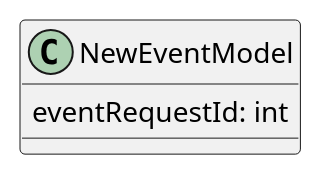
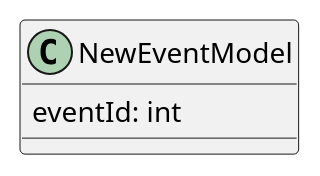
One commit to ai-shift/cyber-valley-tickets changed diagram 22 of 25 in README.org. Above: the diagram before and after it, drawn with PlantUML. The commit also changed 10 other files, not shown here.

```diff
--- a/README.org
+++ b/README.org
@@ -716,5 +716,5 @@
 #+begin_src plantuml :file ./img/new-event-model.png
 class NewEventModel {
-  eventRequestId: int
+  eventId: int
 }
 #+end_src
```
